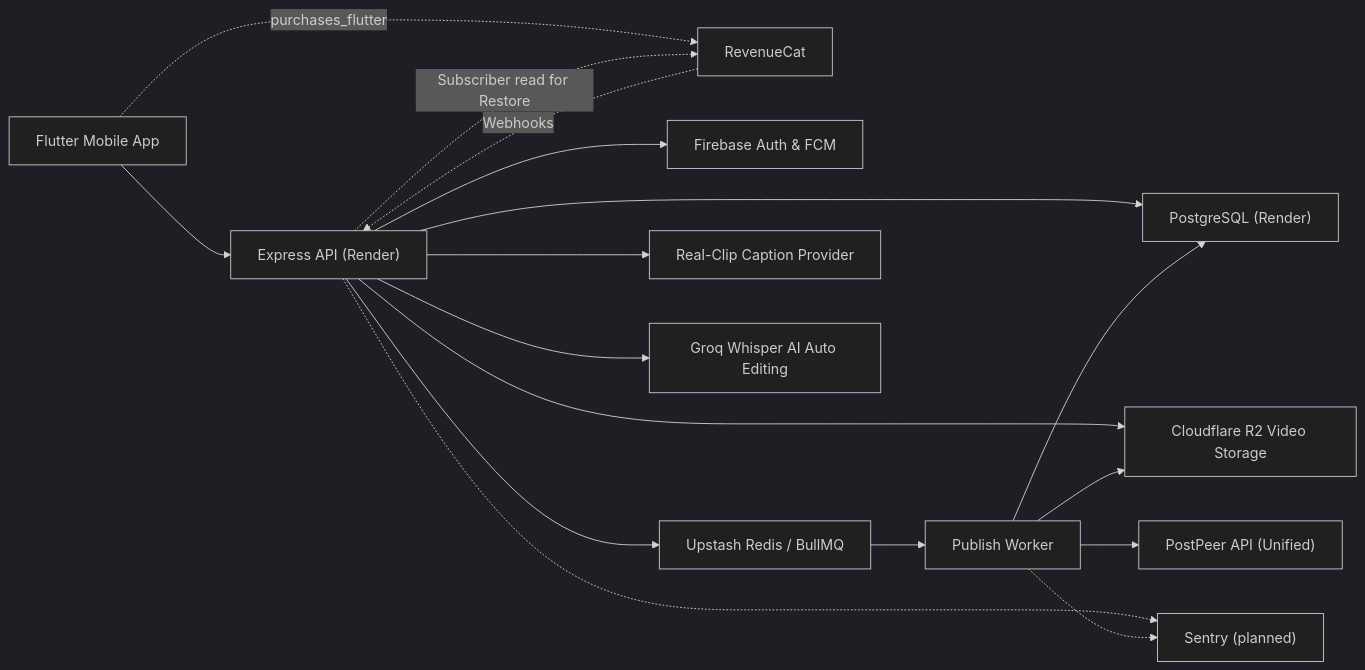
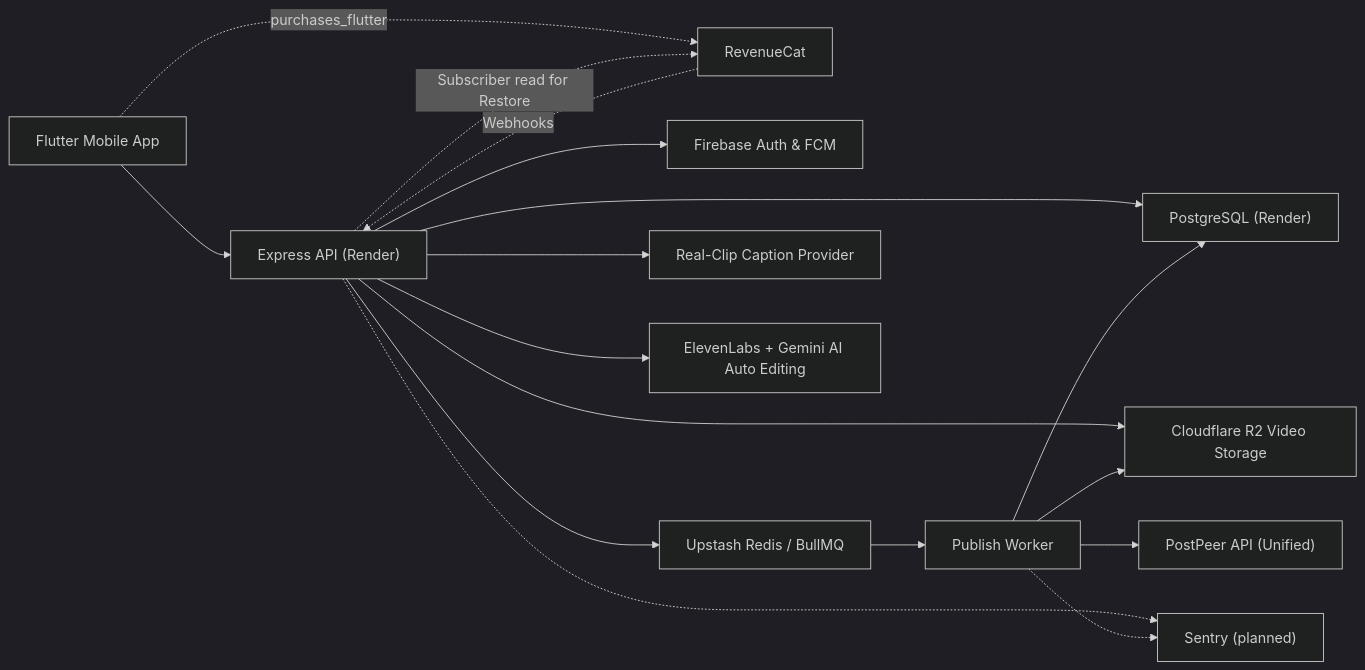
One commit to NOI56/PostDeeMobile changed the first of 8 diagrams in ARCHITECTURE.md. Above: the diagram before and after it, drawn with Mermaid (dark theme). The commit also changed other lines of this file and 32 other files, not shown here.

Commit message:
feat(api): remove Groq from AI editing runtime

````diff
--- a/ARCHITECTURE.md
+++ b/ARCHITECTURE.md
@@ -32,19 +32,19 @@
 ```mermaid
 flowchart LR
   Mobile["Flutter Mobile App"] --> API["Express API (Render)"]
   Mobile -.->|purchases_flutter| RC["RevenueCat"]
   RC -.->|Webhooks| API
   API -.->|Subscriber read for Restore| RC
   API --> Auth["Firebase Auth & FCM"]
   API --> DB["PostgreSQL (Render)"]
   API --> Storage["Cloudflare R2 Video Storage"]
   API --> Queue["Upstash Redis / BullMQ"]
   API --> Captions["Real-Clip Caption Provider"]
-  API --> Editing["Groq Whisper AI Auto Editing"]
+  API --> Editing["ElevenLabs + Gemini AI Auto Editing"]
   Queue --> Worker["Publish Worker"]
   Worker --> Social["PostPeer API (Unified)"]
   Worker --> Storage
   Worker --> DB
   API -.-> PlannedSentry["Sentry (planned)"]
   Worker -.-> PlannedSentry
 ```
````
